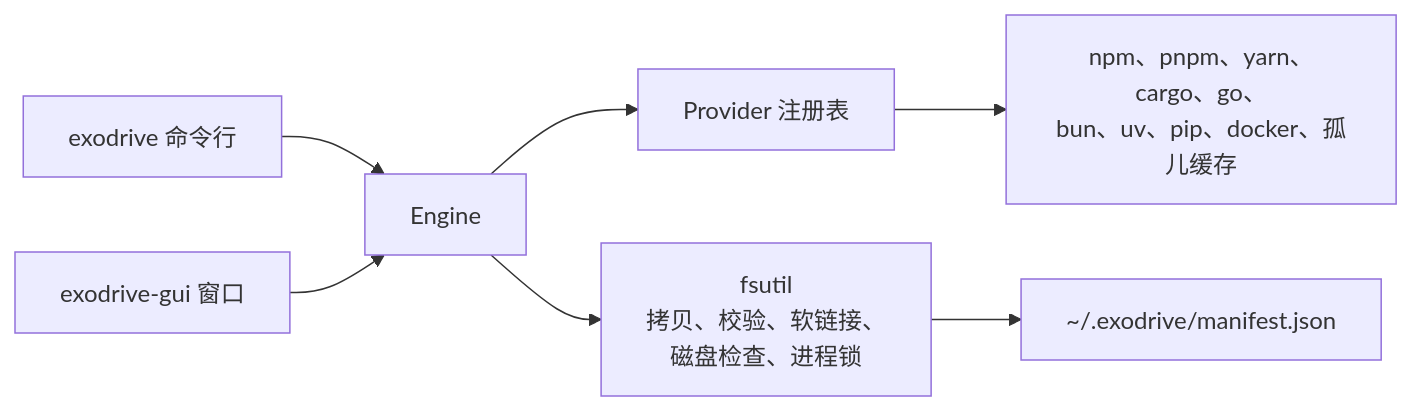
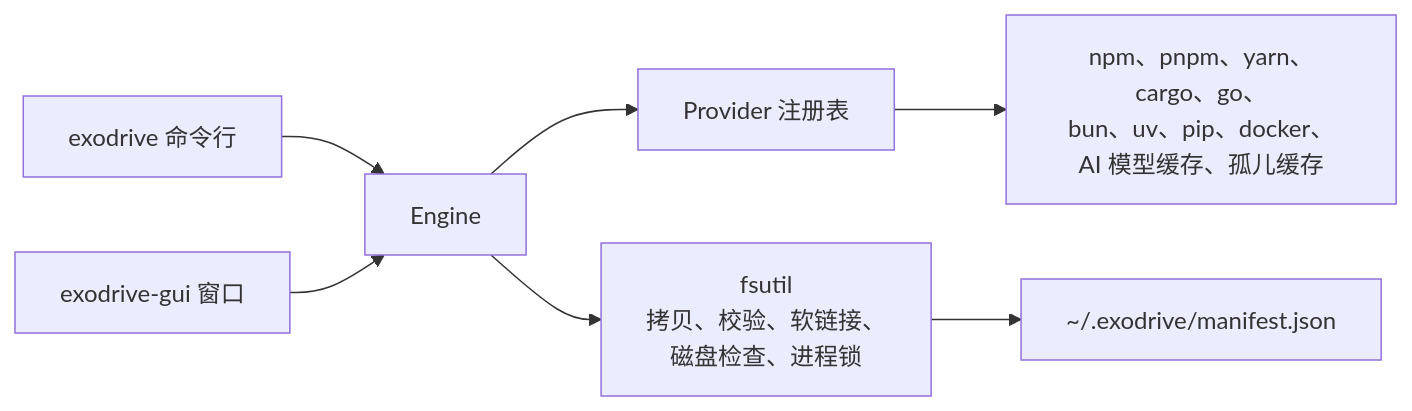
One commit to Jungley8/exodrive changed the diagram in README.zh.md. Above: the diagram before and after it, drawn with Mermaid. The commit also changed other lines of this file and 11 other files, not shown here.

````diff
--- a/README.zh.md
+++ b/README.zh.md
@@ -34,9 +34,9 @@
 ```mermaid
 flowchart LR
     CLI["exodrive 命令行"] --> Engine
     GUI["exodrive-gui 窗口"] --> Engine
     Engine --> Registry["Provider 注册表"]
-    Registry --> P["npm、pnpm、yarn、cargo、go、<br/>bun、uv、pip、docker、孤儿缓存"]
+    Registry --> P["npm、pnpm、yarn、cargo、go、<br/>bun、uv、pip、docker、<br/>AI 模型缓存、孤儿缓存"]
     Engine --> FS["fsutil<br/>拷贝、校验、软链接、<br/>磁盘检查、进程锁"]
     FS --> Ledger["~/.exodrive/manifest.json"]
 ```
````
